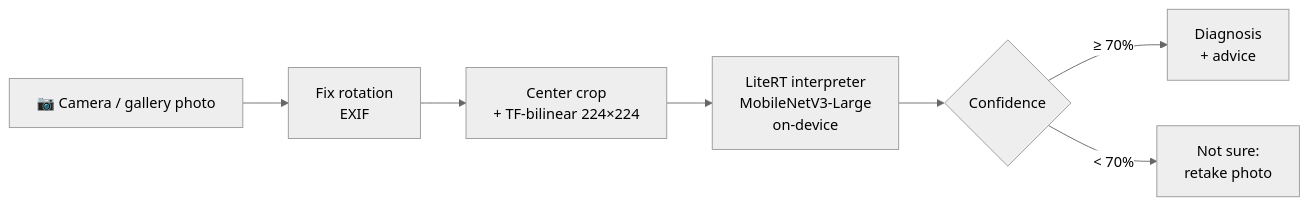
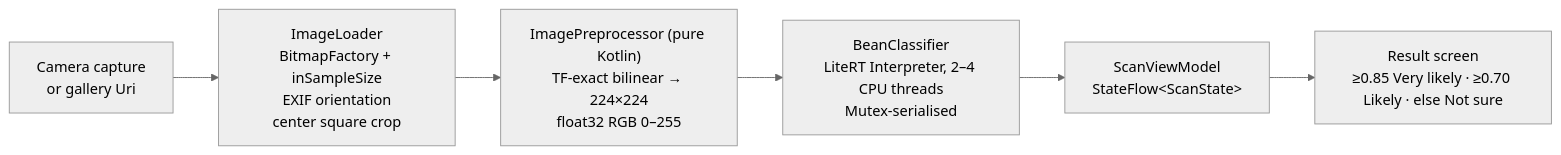
Before and after one commit to majeedar/Bean-Disease-Classification-Android-Deployment: the second of 2 diagrams in README.md, drawn with Mermaid (neutral theme). The commit also changed other lines of this file and 8 other files, not shown here.

````diff
--- a/README.md
+++ b/README.md
@@ -21,9 +100,8 @@
 ```mermaid
 flowchart LR
-    A[📷 Camera / gallery photo] --> B[Fix rotation<br/>EXIF]
-    B --> C[Center crop<br/>+ TF-bilinear 224×224]
-    C --> D[LiteRT interpreter<br/>MobileNetV3-Large<br/>on-device]
-    D --> E{Confidence}
-    E -- "≥ 70%" --> F[Diagnosis<br/>+ advice]
-    E -- "< 70%" --> G[Not sure:<br/>retake photo]
+    U[Camera capture<br/>or gallery Uri] --> L["ImageLoader<br/>BitmapFactory + inSampleSize<br/>EXIF orientation<br/>center square crop"]
+    L --> PP["ImagePreprocessor (pure Kotlin)<br/>TF-exact bilinear → 224×224<br/>float32 RGB 0–255"]
+    PP --> C["BeanClassifier<br/>LiteRT Interpreter, 2–4 CPU threads<br/>Mutex-serialised"]
+    C --> V["ScanViewModel<br/>StateFlow&lt;ScanState&gt;"]
+    V --> UI["Result screen<br/>≥0.85 Very likely · ≥0.70 Likely · else Not sure"]
 ```
````
